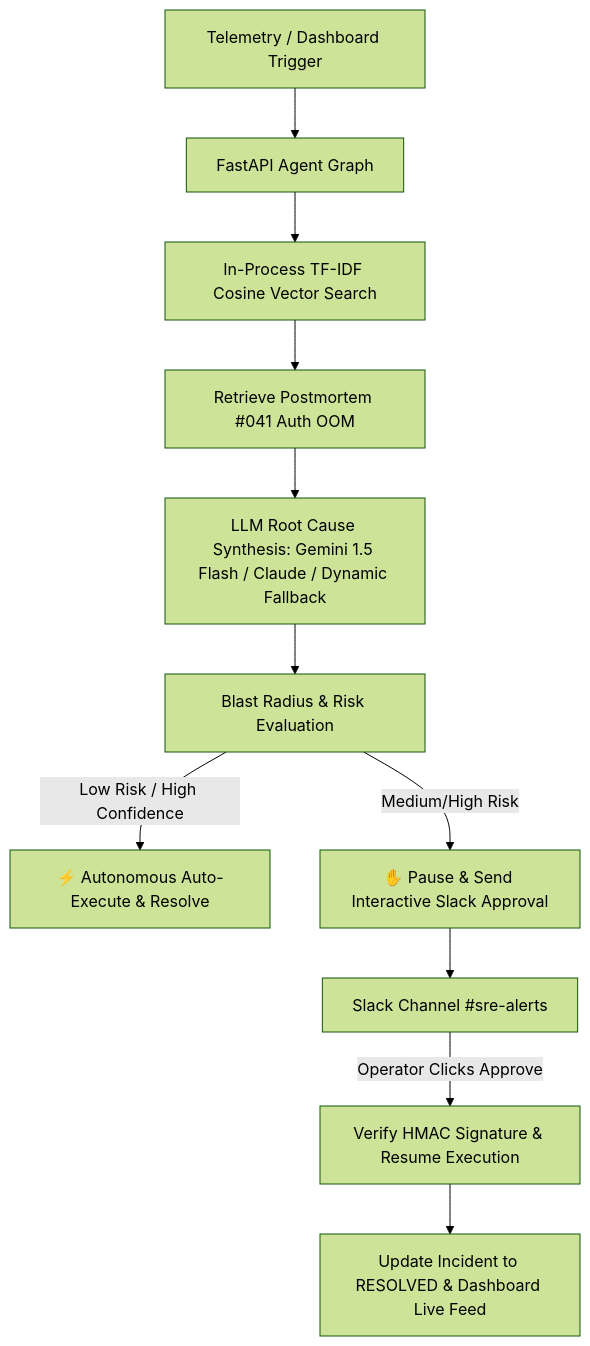
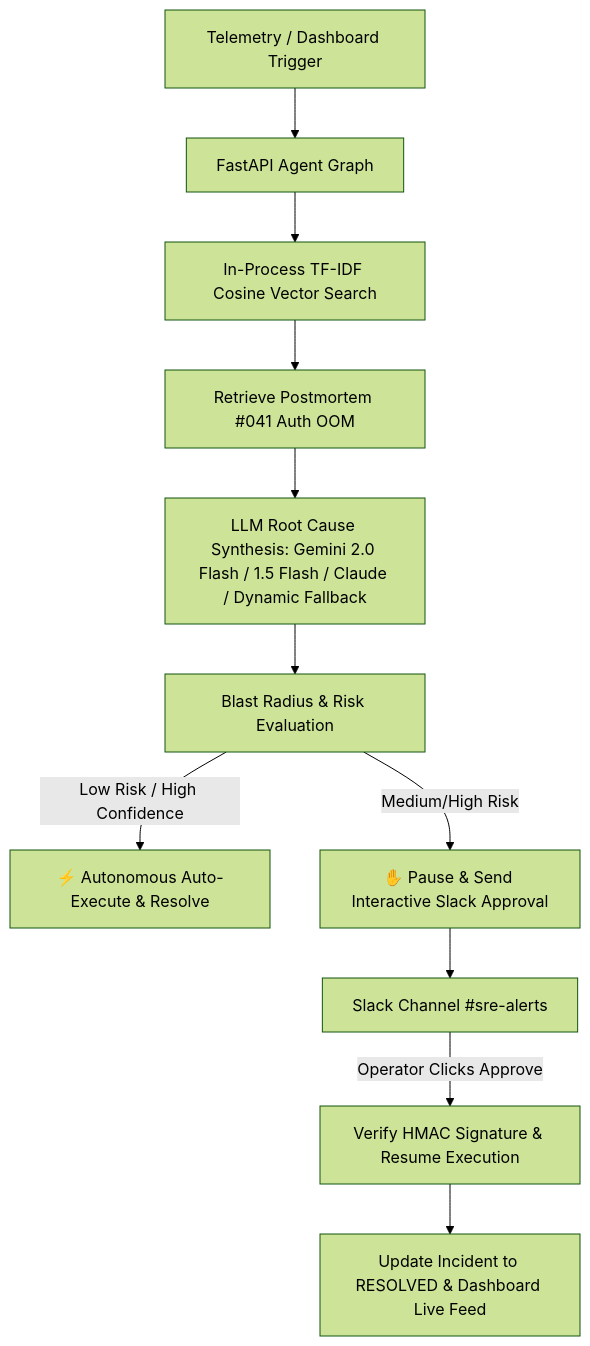
The diagram in README.md (raunakgit00001/autonomous-sre-agent), drawn with Mermaid (forest theme) before and after one commit. The commit also changed other lines of this file, not shown here.

Commit message:
docs: align README with Gemini 2.0 Flash SDK configuration

````diff
--- a/README.md
+++ b/README.md
@@ -9,13 +9,13 @@
 ```mermaid
 flowchart TD
     A[Telemetry / Dashboard Trigger] --> B[FastAPI Agent Graph]
     B --> C[In-Process TF-IDF Cosine Vector Search]
     C --> D[Retrieve Postmortem #041 Auth OOM]
-    D --> E[LLM Root Cause Synthesis: Gemini 1.5 Flash / Claude / Dynamic Fallback]
+    D --> E[LLM Root Cause Synthesis: Gemini 2.0 Flash / 1.5 Flash / Claude / Dynamic Fallback]
     E --> F[Blast Radius & Risk Evaluation]
     F -->|Low Risk / High Confidence| G[⚡ Autonomous Auto-Execute & Resolve]
     F -->|Medium/High Risk| H[✋ Pause & Send Interactive Slack Approval]
     H --> I[Slack Channel #sre-alerts]
     I -->|Operator Clicks Approve| J[Verify HMAC Signature & Resume Execution]
     J --> K[Update Incident to RESOLVED & Dashboard Live Feed]
 ```
````
